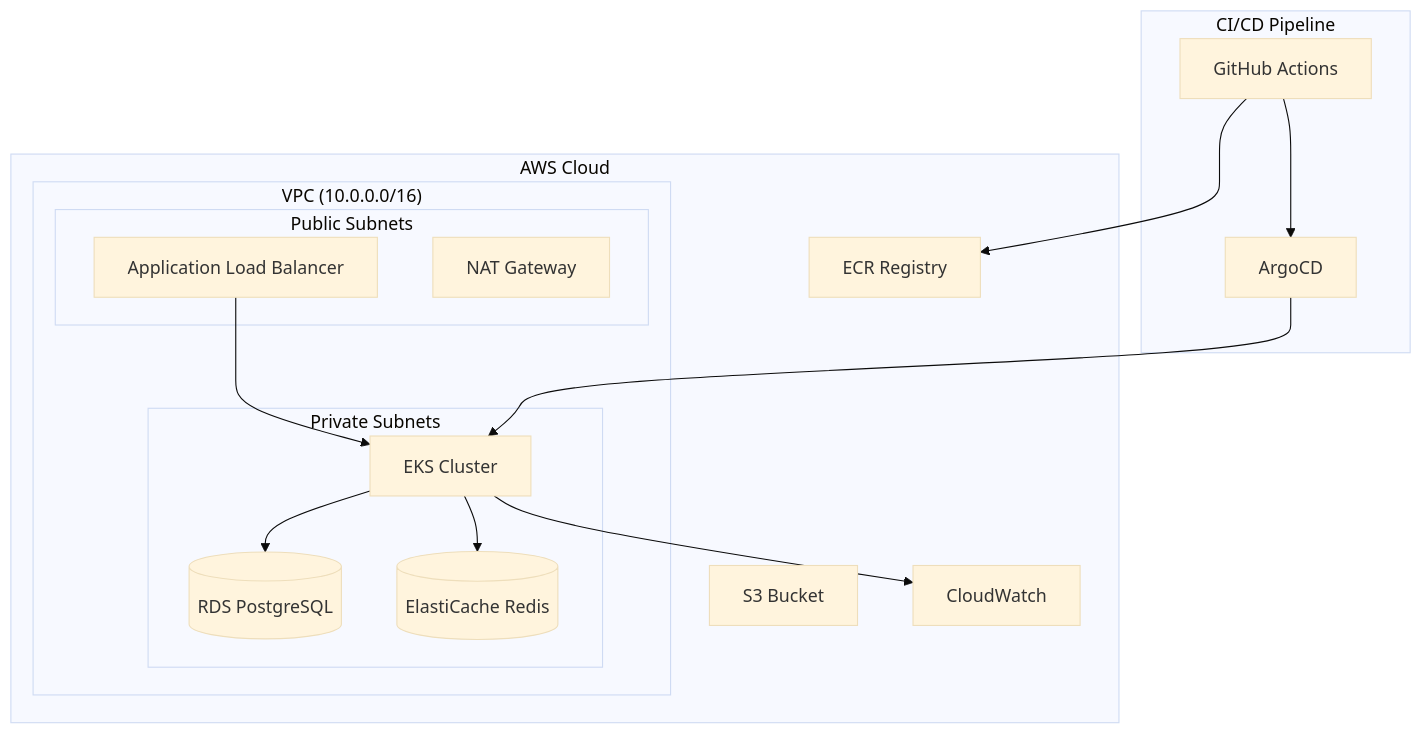
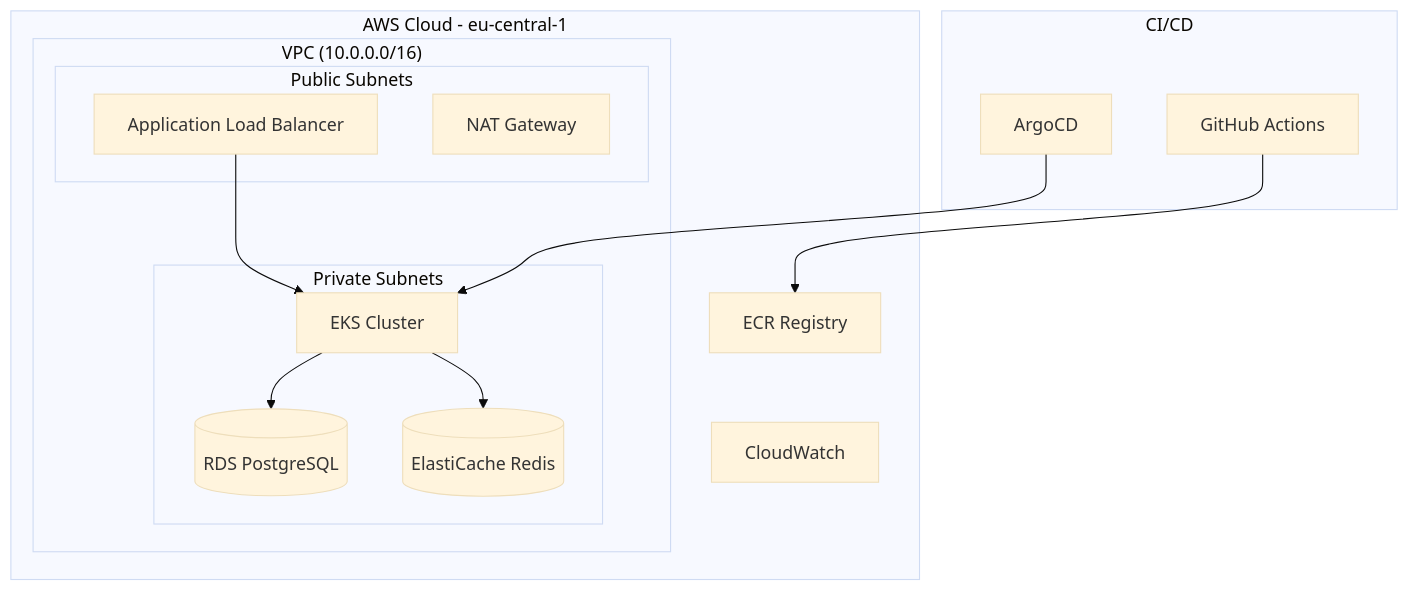
Before and after one commit to chiju/tbyte: the diagram in README.md, drawn with Mermaid (base theme). The commit also changed other lines of this file and 2 other files, not shown here.

````diff
--- a/README.md
+++ b/README.md
@@ -17,32 +127,29 @@
 ```mermaid
 graph TB
-    subgraph "AWS Cloud"
+    subgraph "AWS Cloud - eu-central-1"
         subgraph "VPC (10.0.0.0/16)"
             subgraph "Public Subnets"
                 ALB[Application Load Balancer]
                 NAT[NAT Gateway]
             end
             subgraph "Private Subnets"
                 EKS[EKS Cluster]
                 RDS[(RDS PostgreSQL)]
-                CACHE[(ElastiCache Redis)]
+                REDIS[(ElastiCache Redis)]
             end
         end
         ECR[ECR Registry]
-        S3[S3 Bucket]
         CW[CloudWatch]
     end
     
-    subgraph "CI/CD Pipeline"
-        GHA[GitHub Actions]
+    subgraph "CI/CD"
+        GH[GitHub Actions]
         ARGO[ArgoCD]
     end
     
-    GHA --> ECR
-    GHA --> ARGO
+    GH --> ECR
     ARGO --> EKS
     ALB --> EKS
     EKS --> RDS
-    EKS --> CACHE
-    EKS --> CW
+    EKS --> REDIS
 ```
````
